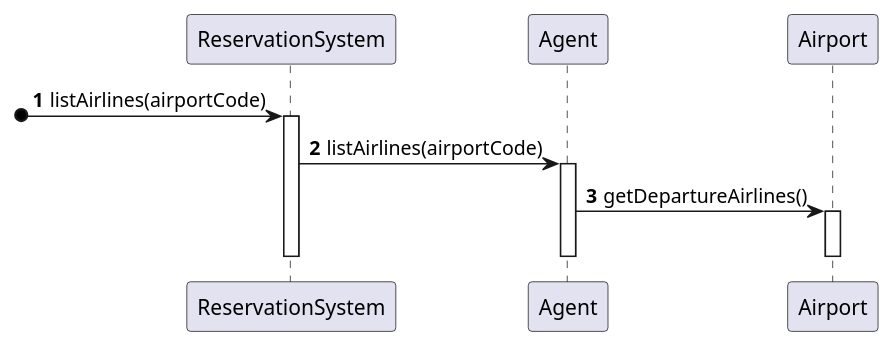
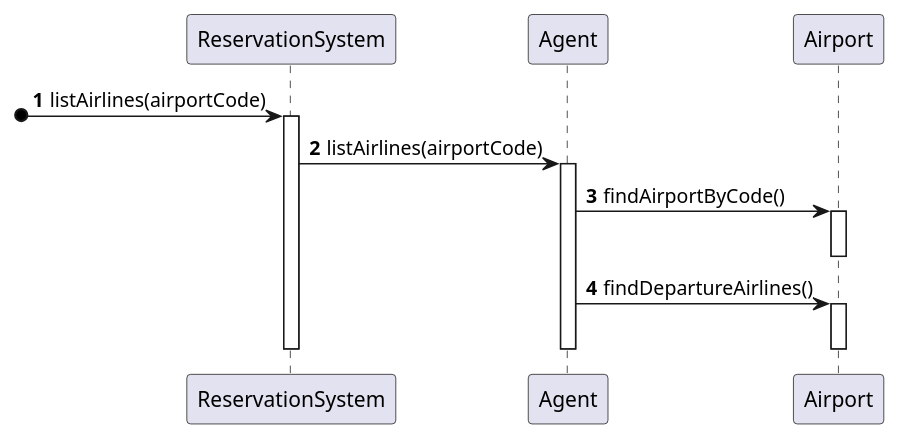
Before and after one commit to Ochirgarid/mpp-project: the diagram in diagrams/plantuml/3-4-sequence-diagram.md, drawn with PlantUML. The commit also changed 28 other files, not shown here.

Commit message:
all diagram ready

````diff
--- a/diagrams/plantuml/3-4-sequence-diagram.md
+++ b/diagrams/plantuml/3-4-sequence-diagram.md
@@ -1,16 +1,19 @@
 ```plantuml
 @startuml
 autonumber
 
 [o->ReservationSystem: listAirlines(airportCode)
 activate ReservationSystem
 ReservationSystem -> Agent: listAirlines(airportCode)
 activate Agent
-Agent -> Airport : getDepartureAirlines()
+Agent -> Airport : findAirportByCode()
+activate Airport
+deactivate Airport
+Agent -> Airport : findDepartureAirlines()
 activate Airport
 deactivate Airport
 deactivate Agent
 deactivate ReservationSystem
 
 @enduml
 ```
````
